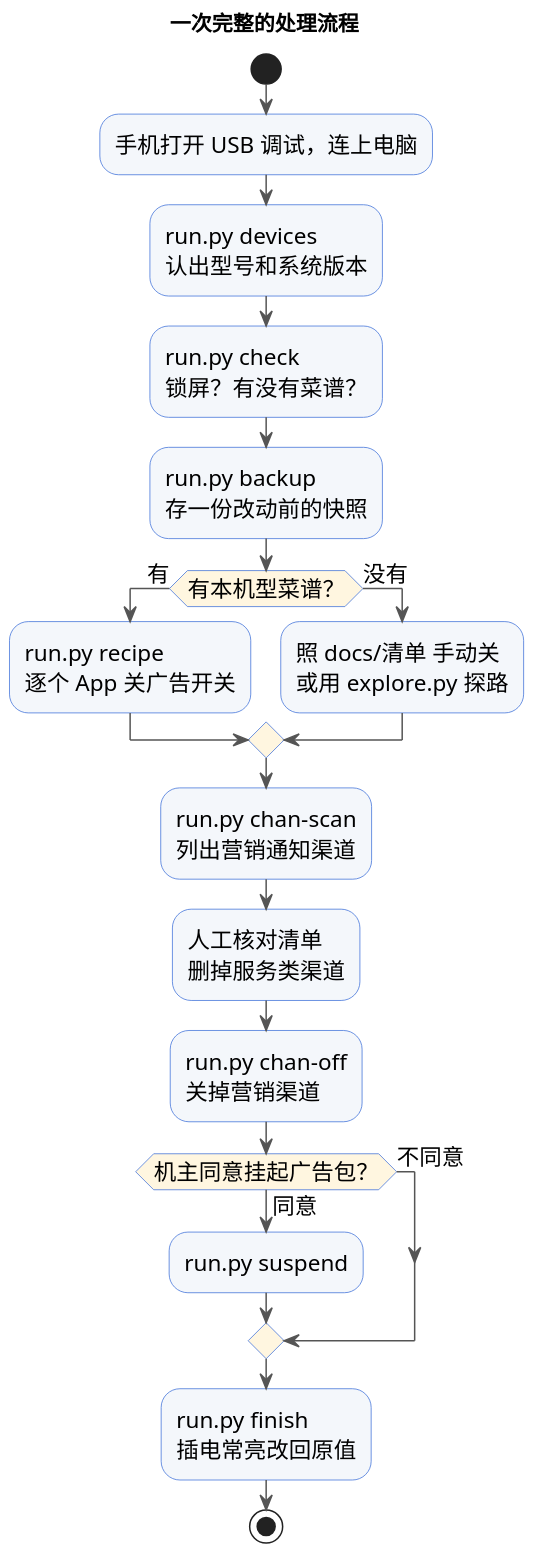
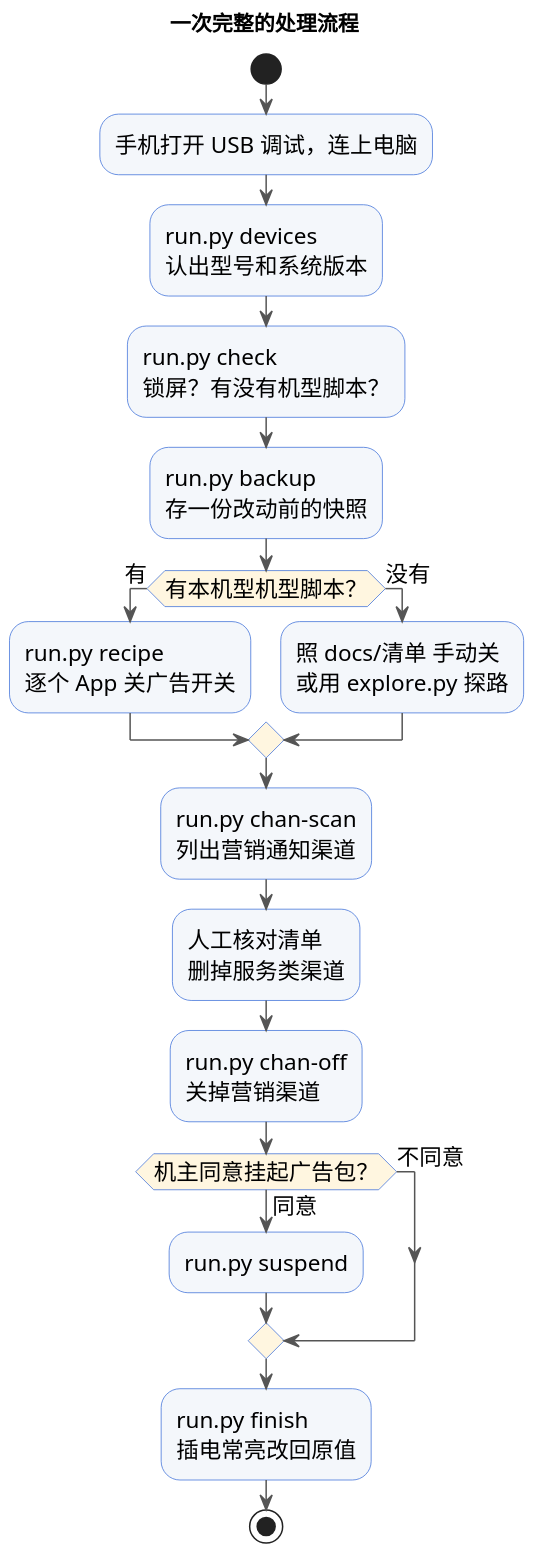
One commit to 15277126915/android-ad-cleaner changed the diagram in images/src/flow.puml. Above: the diagram before and after it, drawn with PlantUML. The commit also changed 21 other files, not shown here.

Commit message:
加带截图的开发者模式教程；加「机型脚本」的解释

```diff
--- a/images/src/flow.puml
+++ b/images/src/flow.puml
@@ -1,30 +1,30 @@
 @startuml
 skinparam defaultFontName "PingFang SC"
 skinparam defaultFontSize 15
 skinparam backgroundColor #FFFFFF
 skinparam dpi 160
 skinparam ActivityBackgroundColor #F4F7FB
 skinparam ActivityBorderColor #3B6FD8
 skinparam ActivityDiamondBackgroundColor #FFF6E0
 skinparam ArrowColor #555555
 title 一次完整的处理流程
 start
 :手机打开 USB 调试，连上电脑;
 :run.py devices\n认出型号和系统版本;
-:run.py check\n锁屏？有没有菜谱？;
+:run.py check\n锁屏？有没有机型脚本？;
 :run.py backup\n存一份改动前的快照;
-if (有本机型菜谱？) then (有)
+if (有本机型机型脚本？) then (有)
   :run.py recipe\n逐个 App 关广告开关;
 else (没有)
   :照 docs/清单 手动关\n或用 explore.py 探路;
 endif
 :run.py chan-scan\n列出营销通知渠道;
 :人工核对清单\n删掉服务类渠道;
 :run.py chan-off\n关掉营销渠道;
 if (机主同意挂起广告包？) then (同意)
   :run.py suspend;
 else (不同意)
 endif
 :run.py finish\n插电常亮改回原值;
 stop
 @enduml
```
